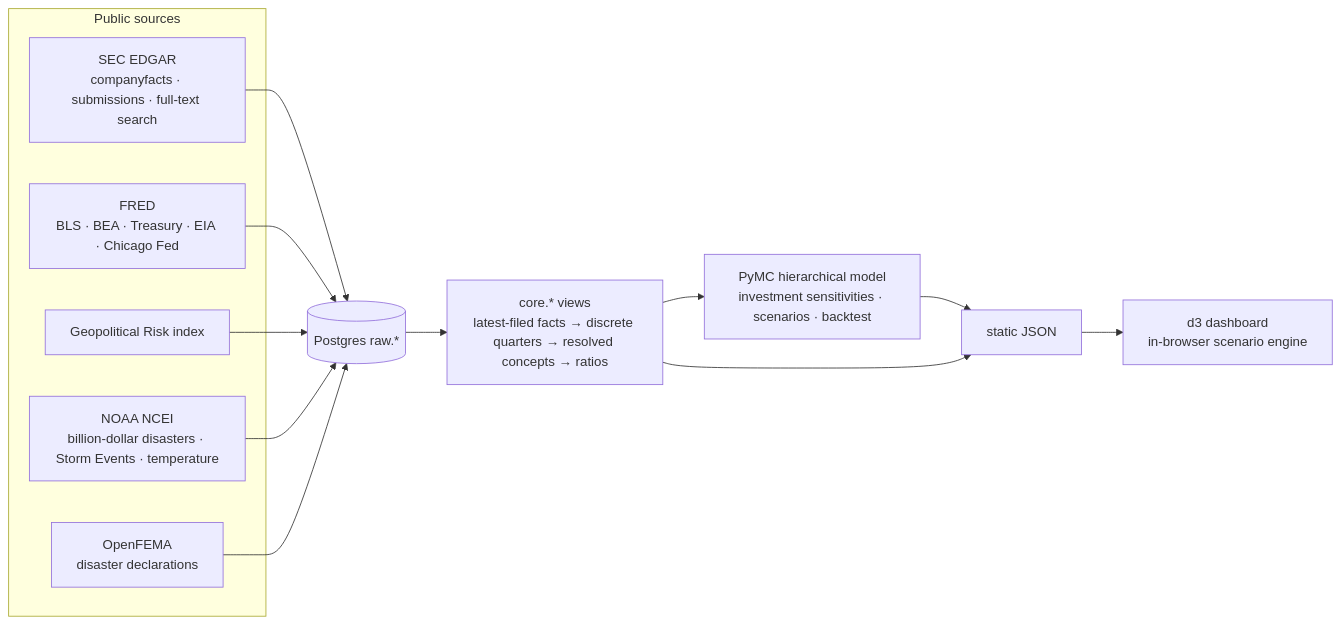
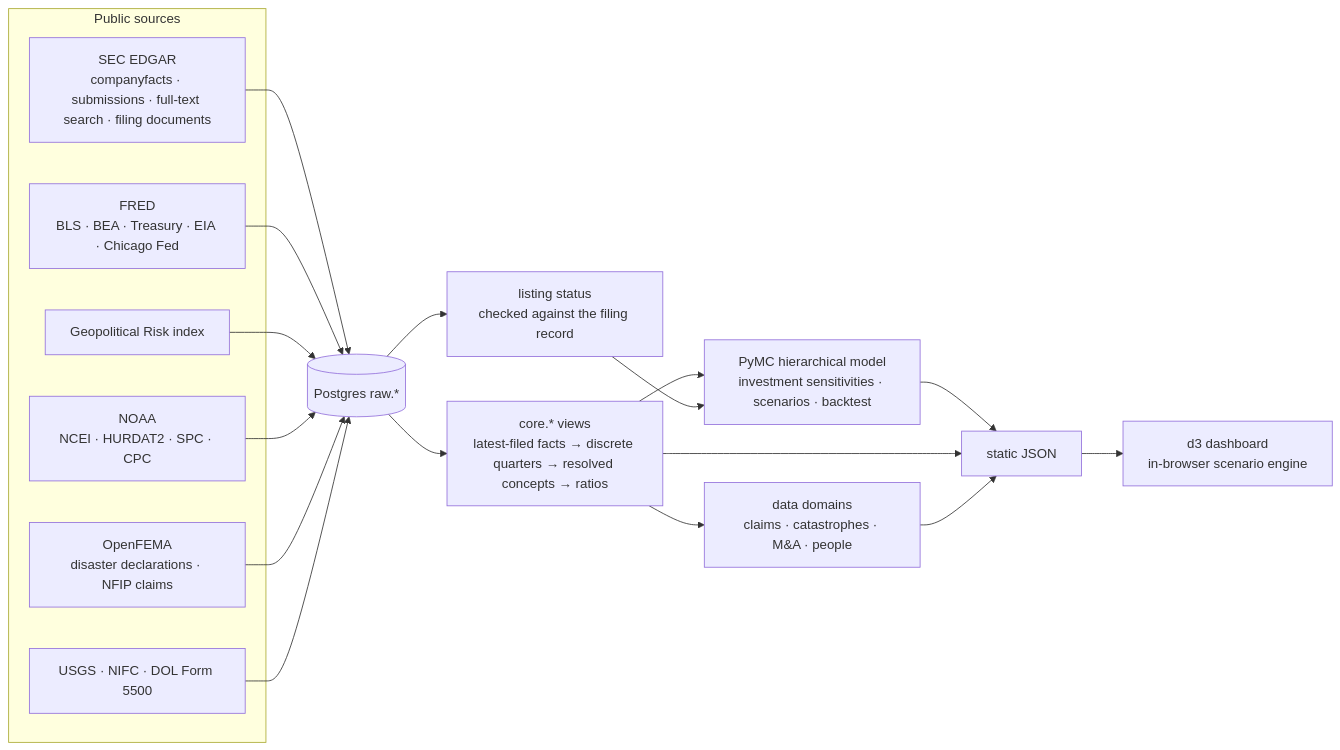
One commit to willboyden/specialty-insurance-lab changed the diagram in README.md. Above: the diagram before and after it, drawn with Mermaid. The commit also changed other lines of this file and 93 other files, not shown here.

````diff
--- a/README.md
+++ b/README.md
@@ -98,16 +151,21 @@
 ```mermaid
 flowchart LR
   subgraph Public sources
-    SEC[SEC EDGAR<br/>companyfacts · submissions · full-text search]
+    SEC[SEC EDGAR<br/>companyfacts · submissions · full-text search · filing documents]
     FRED[FRED<br/>BLS · BEA · Treasury · EIA · Chicago Fed]
     GPR[Geopolitical Risk index]
-    NOAA[NOAA NCEI<br/>billion-dollar disasters · Storm Events · temperature]
-    FEMA[OpenFEMA<br/>disaster declarations]
+    NOAA[NOAA<br/>NCEI · HURDAT2 · SPC · CPC]
+    FEMA[OpenFEMA<br/>disaster declarations · NFIP claims]
+    OTHER[USGS · NIFC · DOL Form 5500]
   end
-  SEC & FRED & GPR & NOAA & FEMA --> RAW[(Postgres raw.*)]
+  SEC & FRED & GPR & NOAA & FEMA & OTHER --> RAW[(Postgres raw.*)]
   RAW --> CORE[core.* views<br/>latest-filed facts → discrete quarters → resolved concepts → ratios]
+  RAW --> STATUS[listing status<br/>checked against the filing record]
   CORE --> MODEL[PyMC hierarchical model<br/>investment sensitivities · scenarios · backtest]
+  CORE --> DOMAINS[data domains<br/>claims · catastrophes · M&A · people]
+  STATUS --> MODEL
   MODEL --> JSON[static JSON]
   CORE --> JSON
+  DOMAINS --> JSON
   JSON --> D3[d3 dashboard<br/>in-browser scenario engine]
 ```
````
